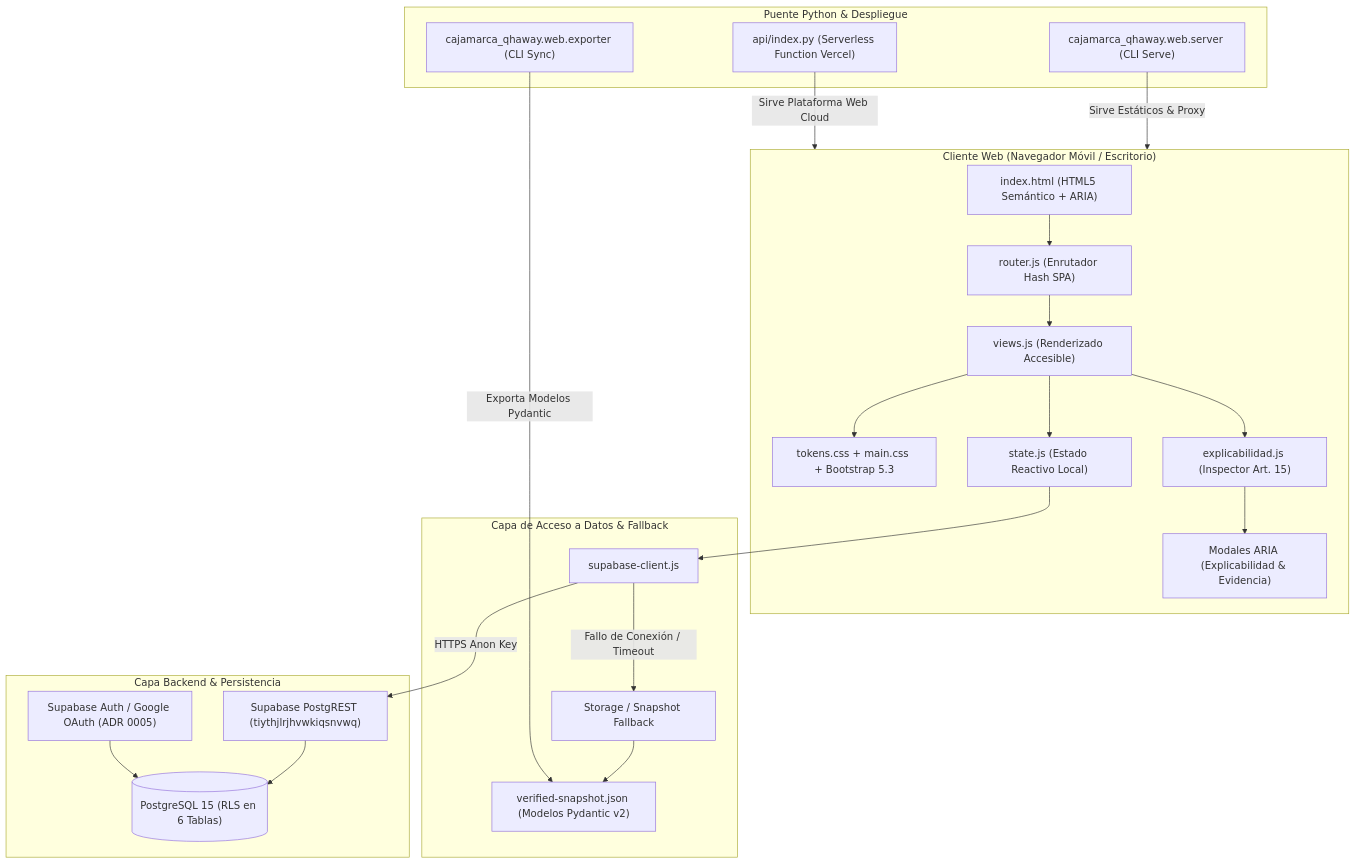
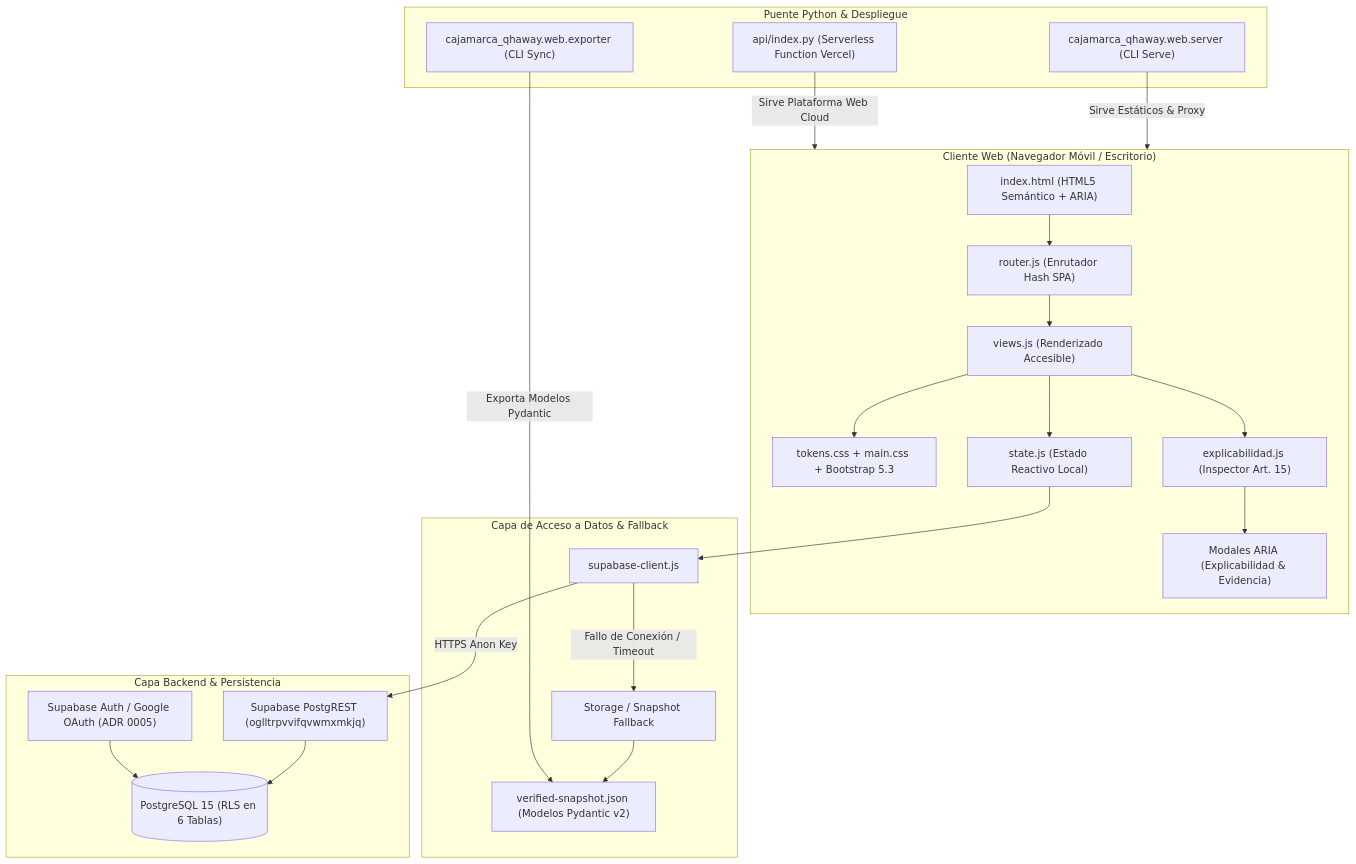
The first of 2 diagrams in docs/architecture/005-web-platform-architecture.md (richardsonyelstin-commits/cajamarca-qhaway), drawn with Mermaid before and after one commit. The commit also changed other lines of this file and 97 other files, not shown here.

````diff
--- a/docs/architecture/005-web-platform-architecture.md
+++ b/docs/architecture/005-web-platform-architecture.md
@@ -35,49 +35,49 @@
 ```mermaid
 flowchart TD
     subgraph Client["Cliente Web (Navegador Móvil / Escritorio)"]
         HTML["index.html (HTML5 Semántico + ARIA)"]
         CSS["tokens.css + main.css + Bootstrap 5.3"]
         Router["router.js (Enrutador Hash SPA)"]
         State["state.js (Estado Reactivo Local)"]
         Views["views.js (Renderizado Accesible)"]
         Expl["explicabilidad.js (Inspector Art. 15)"]
         Modals["Modales ARIA (Explicabilidad & Evidencia)"]
     end
 
     subgraph DataAccess["Capa de Acceso a Datos & Fallback"]
         SupaClient["supabase-client.js"]
         Cache["Storage / Snapshot Fallback"]
         LocalData["verified-snapshot.json (Modelos Pydantic v2)"]
     end
 
     subgraph BackendCloud["Capa Backend & Persistencia"]
-        SupaREST["Supabase PostgREST (tiythjlrjhvwkiqsnvwq)"]
+        SupaREST["Supabase PostgREST (oglltrpvvifqvwmxmkjq)"]
         SupaAuth["Supabase Auth / Google OAuth (ADR 0005)"]
         SupaDB[("PostgreSQL 15 (RLS en 6 Tablas)")]
     end
 
     subgraph PythonBridge["Puente Python & Despliegue"]
         PyServer["cajamarca_qhaway.web.server (CLI Serve)"]
         PyExporter["cajamarca_qhaway.web.exporter (CLI Sync)"]
         VercelAPI["api/index.py (Serverless Function Vercel)"]
     end
 
     HTML --> Router
     Router --> Views
     Views --> State
     Views --> Expl
     Expl --> Modals
     Views --> CSS
 
     State --> SupaClient
     SupaClient -->|HTTPS Anon Key| SupaREST
     SupaClient -->|Fallo de Conexión / Timeout| Cache
     Cache --> LocalData
 
     SupaREST --> SupaDB
     SupaAuth --> SupaDB
 
     PyExporter -->|Exporta Modelos Pydantic| LocalData
     PyServer -->|Sirve Estáticos & Proxy| Client
     VercelAPI -->|Sirve Plataforma Web Cloud| Client
 ```
````
